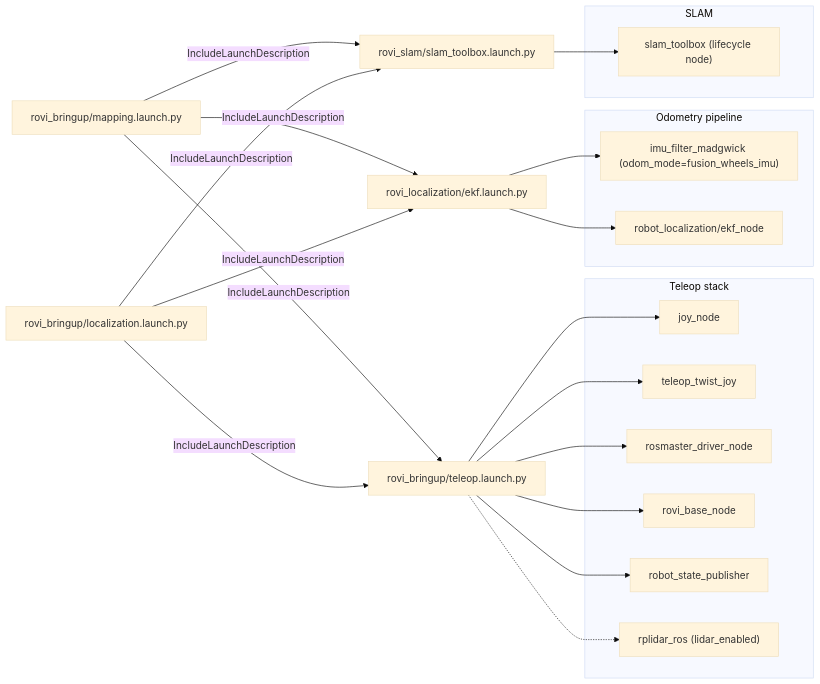
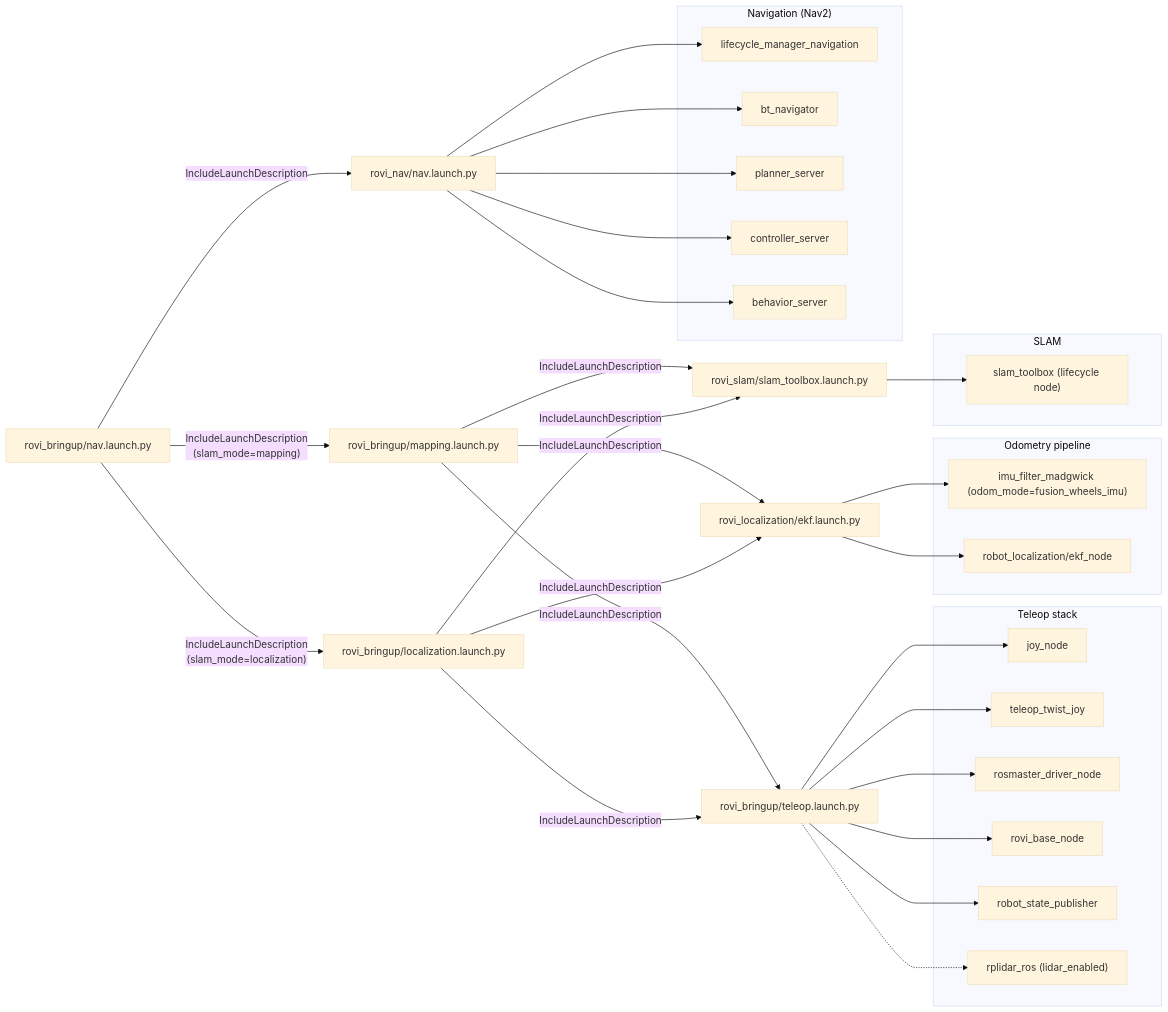
Before and after one commit to Roblibs/rovi_ros_ws: the eighth of 9 diagrams in README.md, drawn with Mermaid (base theme). The commit also changed other lines of this file, not shown here.

Commit message:
Planing phase for navigation

````diff
--- a/README.md
+++ b/README.md
@@ -288,45 +366,64 @@
 ```mermaid
 flowchart LR
   Mapping["rovi_bringup/mapping.launch.py"]
   Localization["rovi_bringup/localization.launch.py"]
+  NavLaunch["rovi_bringup/nav.launch.py"]
 
   TeleopLaunch["rovi_bringup/teleop.launch.py"]
   EkfLaunch["rovi_localization/ekf.launch.py"]
   SlamLaunch["rovi_slam/slam_toolbox.launch.py"]
+  NavStackLaunch["rovi_nav/nav.launch.py"]
 
   Mapping -->|IncludeLaunchDescription| TeleopLaunch
   Mapping -->|IncludeLaunchDescription| EkfLaunch
   Mapping -->|IncludeLaunchDescription| SlamLaunch
 
   Localization -->|IncludeLaunchDescription| TeleopLaunch
   Localization -->|IncludeLaunchDescription| EkfLaunch
   Localization -->|IncludeLaunchDescription| SlamLaunch
+
+  NavLaunch -->|"IncludeLaunchDescription<br/>(slam_mode=mapping)"| Mapping
+  NavLaunch -->|"IncludeLaunchDescription<br/>(slam_mode=localization)"| Localization
+  NavLaunch -->|IncludeLaunchDescription| NavStackLaunch
 
   subgraph TeleopStack[Teleop stack]
     Joy["joy_node"]
     TeleopTwist["teleop_twist_joy"]
     Rosmaster["rosmaster_driver_node"]
     RoviBase["rovi_base_node"]
     RSP["robot_state_publisher"]
     Rplidar["rplidar_ros (lidar_enabled)"]
   end
   TeleopLaunch --> Joy
   TeleopLaunch --> TeleopTwist
   TeleopLaunch --> Rosmaster
   TeleopLaunch --> RoviBase
   TeleopLaunch --> RSP
   TeleopLaunch -.-> Rplidar
 
   subgraph OdomStack[Odometry pipeline]
     ImuFilter["imu_filter_madgwick (odom_mode=fusion_wheels_imu)"]
     EkfNode["robot_localization/ekf_node"]
   end
   EkfLaunch --> ImuFilter
   EkfLaunch --> EkfNode
 
   subgraph SlamStack[SLAM]
     SlamTB["slam_toolbox (lifecycle node)"]
   end
   SlamLaunch --> SlamTB
 
+  subgraph NavStack["Navigation (Nav2)"]
+    NavLife["lifecycle_manager_navigation"]
+    NavBT["bt_navigator"]
+    NavPlanner["planner_server"]
+    NavController["controller_server"]
+    NavBehaviors["behavior_server"]
+  end
+  NavStackLaunch --> NavLife
+  NavStackLaunch --> NavBT
+  NavStackLaunch --> NavPlanner
+  NavStackLaunch --> NavController
+  NavStackLaunch --> NavBehaviors
+
 ```
````
